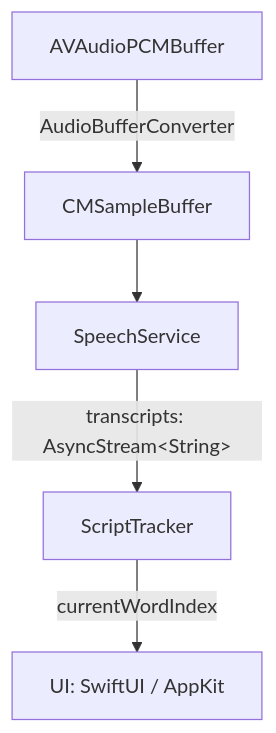
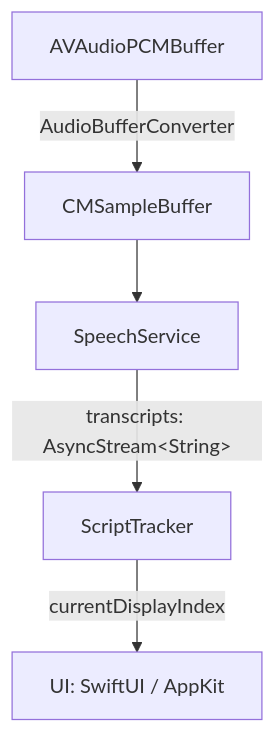
The diagram in Sources/Recto/Recto.docc/Resources/pipeline.mmd (strangemagicapps/Recto), drawn with Mermaid before and after one commit. The commit also changed 9 other files, not shown here.

```diff
--- a/Sources/Recto/Recto.docc/Resources/pipeline.mmd
+++ b/Sources/Recto/Recto.docc/Resources/pipeline.mmd
@@ -1,5 +1,5 @@
 flowchart TD
     A[AVAudioPCMBuffer] -->|AudioBufferConverter| B[CMSampleBuffer]
     B --> C[SpeechService]
     C -->|transcripts: AsyncStream&lt;String&gt;| D[ScriptTracker]
-    D -->|currentWordIndex| E[UI: SwiftUI / AppKit]
+    D -->|currentDisplayIndex| E[UI: SwiftUI / AppKit]
```
